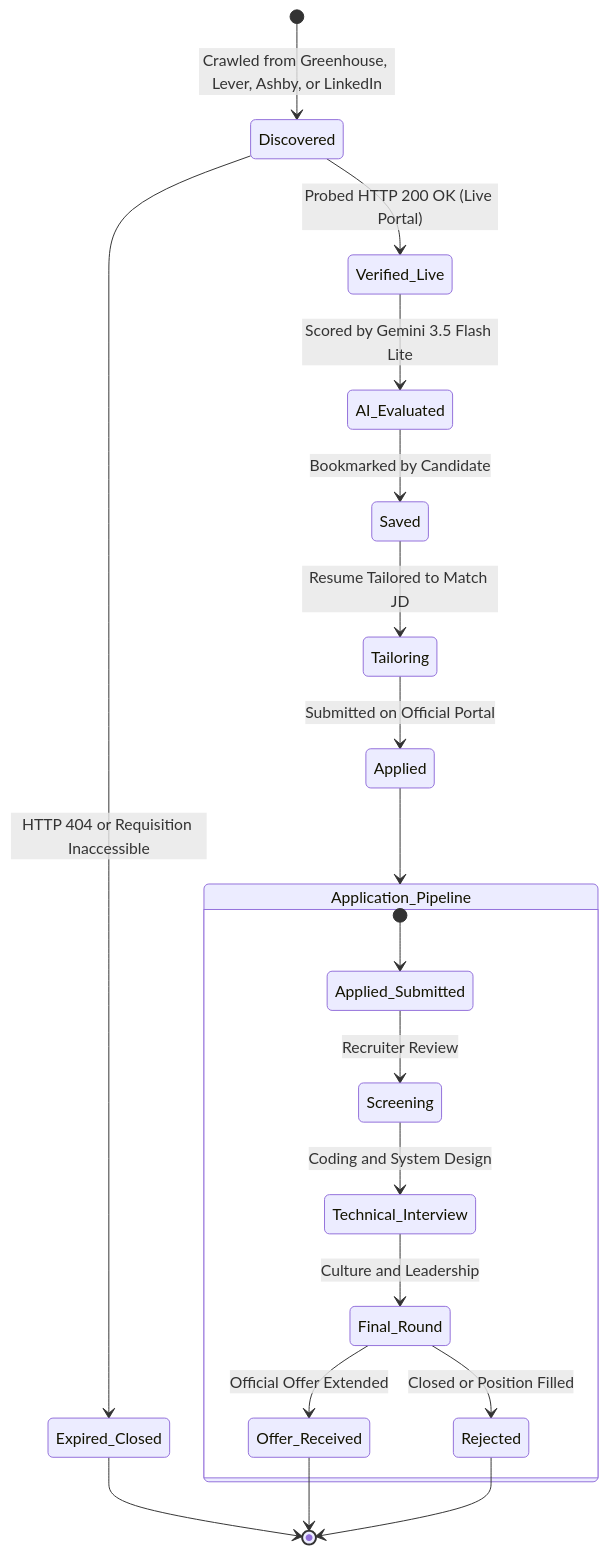
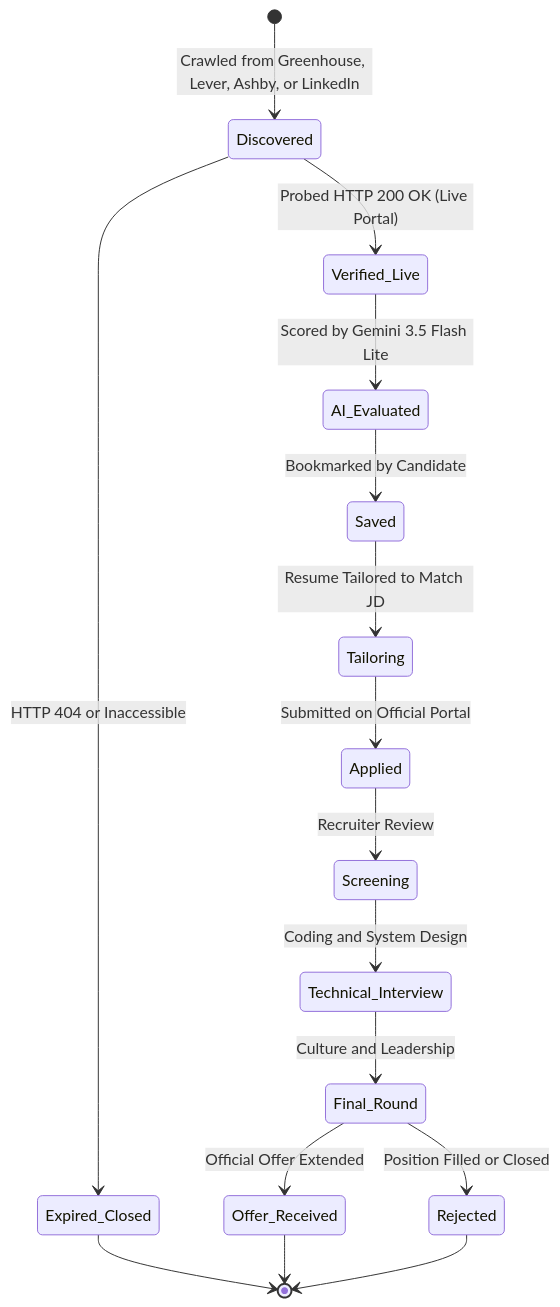
One commit to TusharSaini999/Resume-Saathi changed the second of 3 diagrams in Docs/CAREER_OPENINGS_AND_ATS_FEATURE_GUIDE.md. Above: the diagram before and after it, drawn with Mermaid. The commit also changed other lines of this file and 4 other files, not shown here.

Commit message:
docs: remove nested subgraphs and composite boxes for clean, sleek architecture flowcharts

````diff
--- a/Docs/CAREER_OPENINGS_AND_ATS_FEATURE_GUIDE.md
+++ b/Docs/CAREER_OPENINGS_AND_ATS_FEATURE_GUIDE.md
@@ -48,25 +35,19 @@
 ```mermaid
 stateDiagram-v2
   [*] --> Discovered: Crawled from Greenhouse, Lever, Ashby, or LinkedIn
   Discovered --> Verified_Live: Probed HTTP 200 OK (Live Portal)
-  Discovered --> Expired_Closed: HTTP 404 or Requisition Inaccessible
+  Discovered --> Expired_Closed: HTTP 404 or Inaccessible
   Expired_Closed --> [*]
   
   Verified_Live --> AI_Evaluated: Scored by Gemini 3.5 Flash Lite
   AI_Evaluated --> Saved: Bookmarked by Candidate
   Saved --> Tailoring: Resume Tailored to Match JD
   Tailoring --> Applied: Submitted on Official Portal
-  
-  state Application_Pipeline {
-    [*] --> Applied_Submitted
-    Applied_Submitted --> Screening: Recruiter Review
-    Screening --> Technical_Interview: Coding and System Design
-    Technical_Interview --> Final_Round: Culture and Leadership
-    Final_Round --> Offer_Received: Official Offer Extended
-    Final_Round --> Rejected: Closed or Position Filled
-  }
-
-  Applied --> Application_Pipeline
+  Applied --> Screening: Recruiter Review
+  Screening --> Technical_Interview: Coding and System Design
+  Technical_Interview --> Final_Round: Culture and Leadership
+  Final_Round --> Offer_Received: Official Offer Extended
+  Final_Round --> Rejected: Position Filled or Closed
   Offer_Received --> [*]
   Rejected --> [*]
 ```
````
